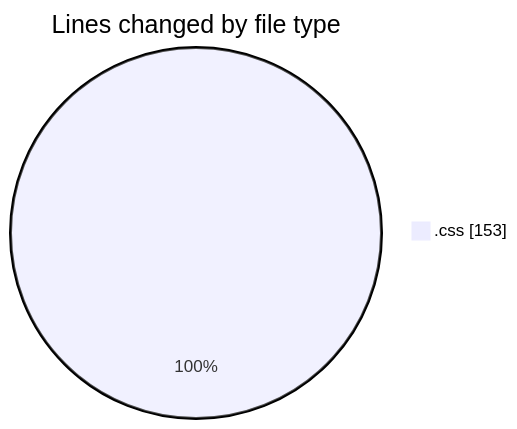
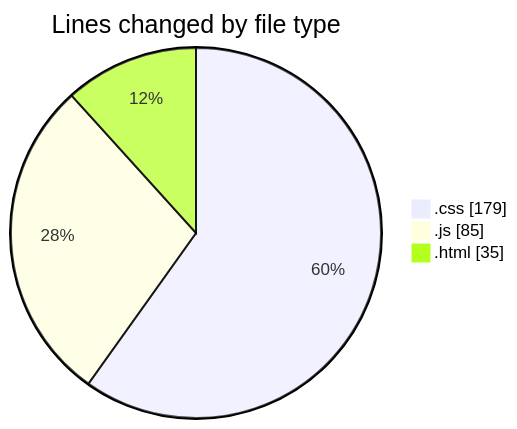
The first of 2 diagrams in 2025-06-01/projects/README.md (Ritupan-Deka/code-tracking), drawn with Mermaid before and after one commit. The commit also changed other lines of this file and 1 other file, not shown here.

````diff
--- a/2025-06-01/projects/README.md
+++ b/2025-06-01/projects/README.md
@@ -20,5 +22,7 @@
 ```mermaid
 pie showData
 title Lines changed by file type
-".css" : 153
+".css" : 179
+".js" : 85
+".html" : 35
 ```
````
